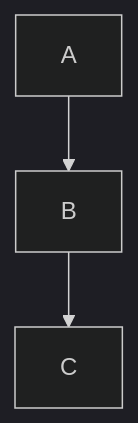
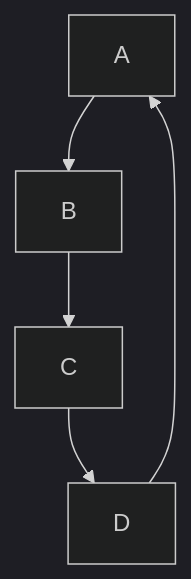
The diagram in README.md (vinitsalunke/OPsFlow), drawn with Mermaid (dark theme) before and after one commit.

Commit message:
Test Commit 1

````diff
--- a/README.md
+++ b/README.md
@@ -2,5 +2,7 @@
 ```mermaid
 flowchart TD
 A-->B
 B-->C
+C-->D
+D-->A
 ```
````
